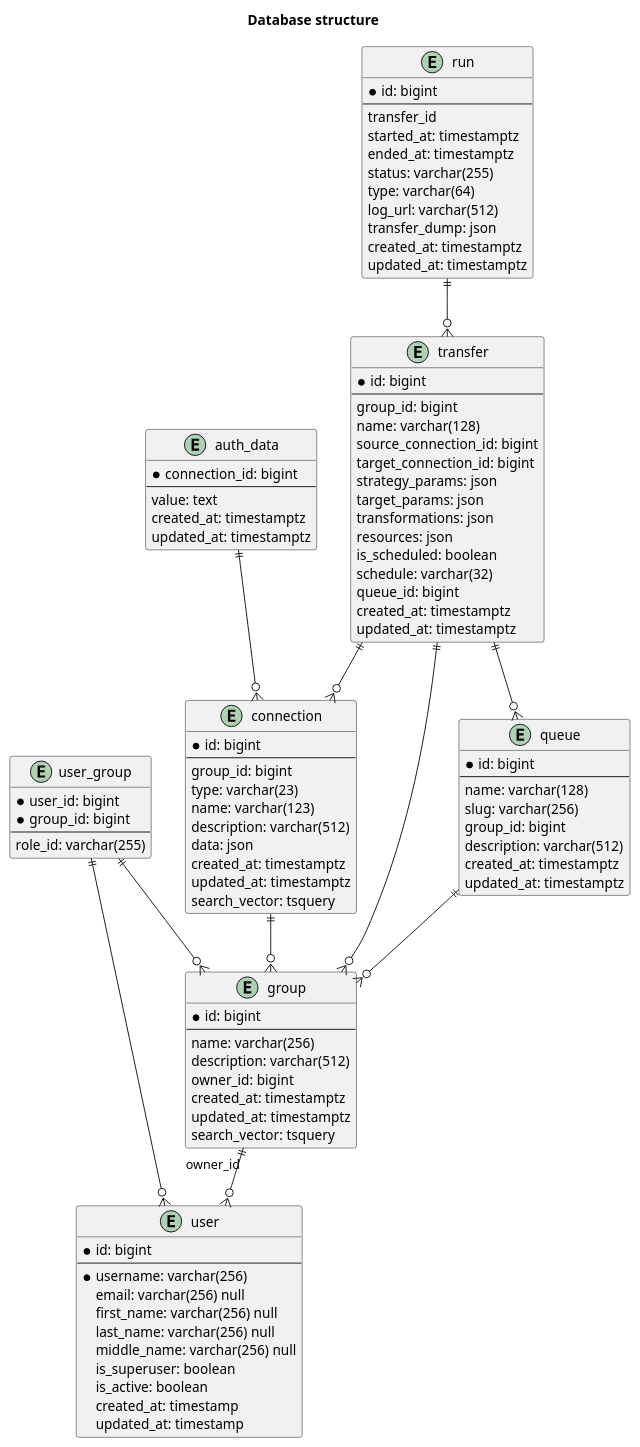
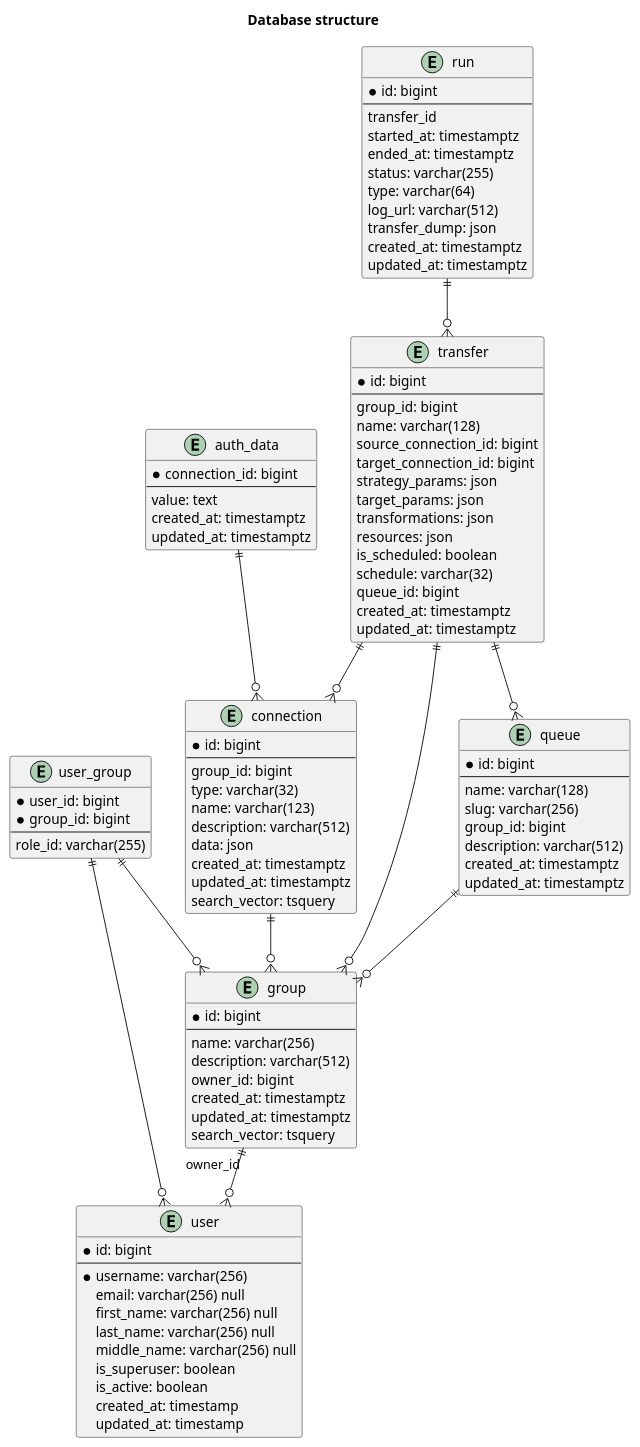
The diagram in docs/reference/database/structure.rst (MobileTeleSystems/syncmaster), drawn with PlantUML before and after one commit. The commit also changed 2 other files, not shown here.

Commit message:
[DOP-25451] Fix connection.type column length

```diff
--- a/docs/reference/database/structure.rst
+++ b/docs/reference/database/structure.rst
@@ -46,7 +46,7 @@
         * id: bigint
         ----
         group_id: bigint
-        type: varchar(23)
+        type: varchar(32)
         name: varchar(123)
         description: varchar(512)
         data: json
```
